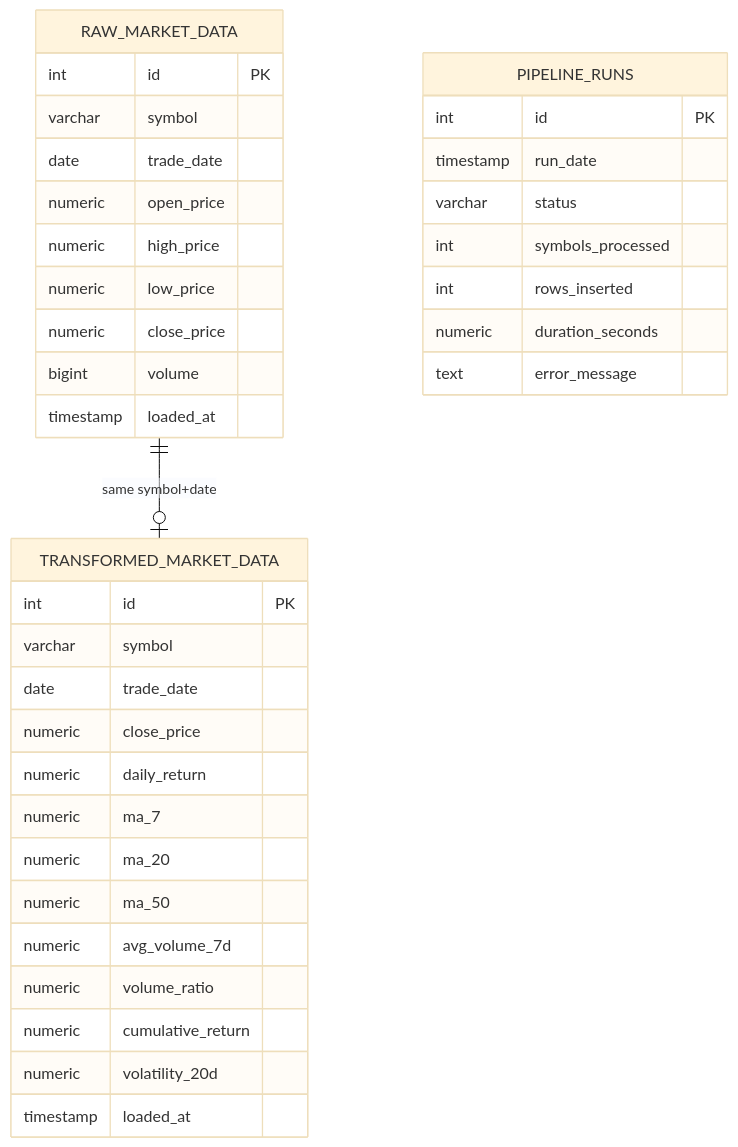
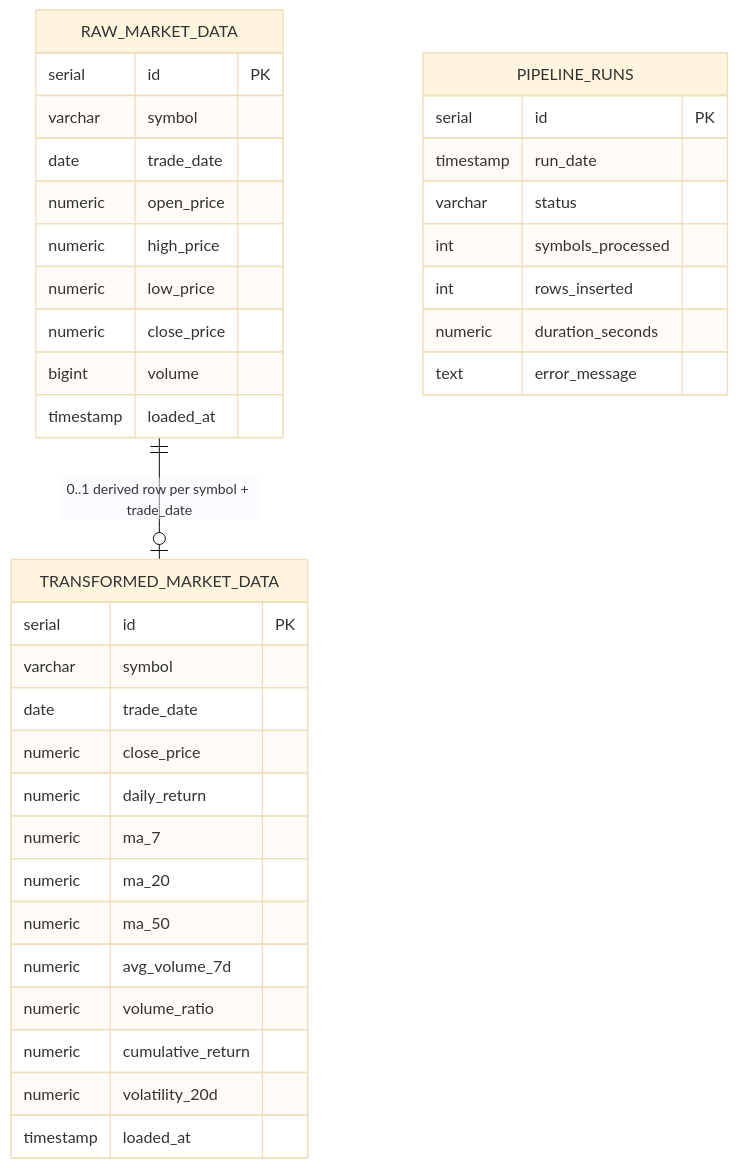
The tenth of 11 diagrams in docs/08_system_analysis_and_design.md (ibrahimhamzza/financial-market-data-pipeline), drawn with Mermaid (base theme) before and after one commit. The commit also changed other lines of this file and 28 other files, not shown here.

First line of the commit message:
docs: correct Phase 1 diagrams and add Level-1 DFD exports

````diff
--- a/docs/08_system_analysis_and_design.md
+++ b/docs/08_system_analysis_and_design.md
@@ -197,39 +670,39 @@
 ```mermaid
 erDiagram
     RAW_MARKET_DATA {
-        int id PK
+        serial id PK
         varchar symbol
         date trade_date
         numeric open_price
         numeric high_price
         numeric low_price
         numeric close_price
         bigint volume
         timestamp loaded_at
     }
     TRANSFORMED_MARKET_DATA {
-        int id PK
+        serial id PK
         varchar symbol
         date trade_date
         numeric close_price
         numeric daily_return
         numeric ma_7
         numeric ma_20
         numeric ma_50
         numeric avg_volume_7d
         numeric volume_ratio
         numeric cumulative_return
         numeric volatility_20d
         timestamp loaded_at
     }
     PIPELINE_RUNS {
-        int id PK
+        serial id PK
         timestamp run_date
         varchar status
         int symbols_processed
         int rows_inserted
         numeric duration_seconds
         text error_message
     }
-    RAW_MARKET_DATA ||--o| TRANSFORMED_MARKET_DATA : "same symbol+date"
+    RAW_MARKET_DATA ||--o| TRANSFORMED_MARKET_DATA : "0..1 derived row per symbol + trade_date"
 ```
````
